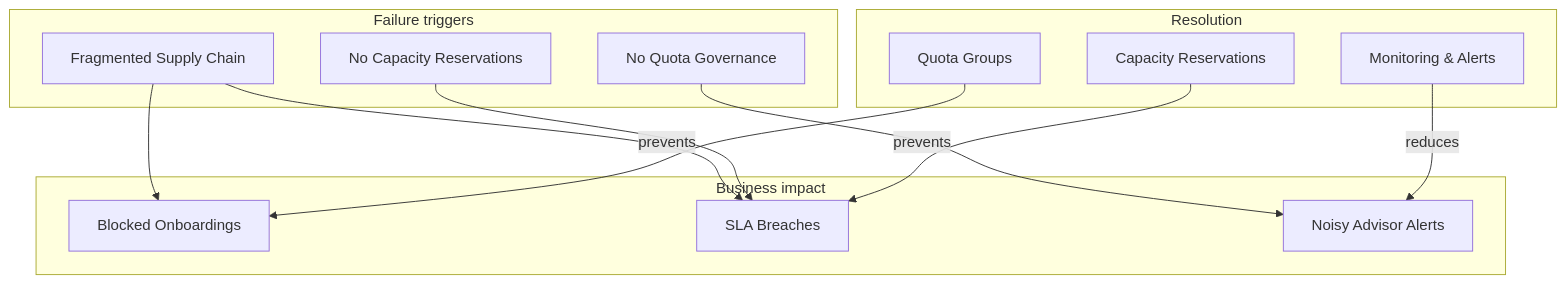
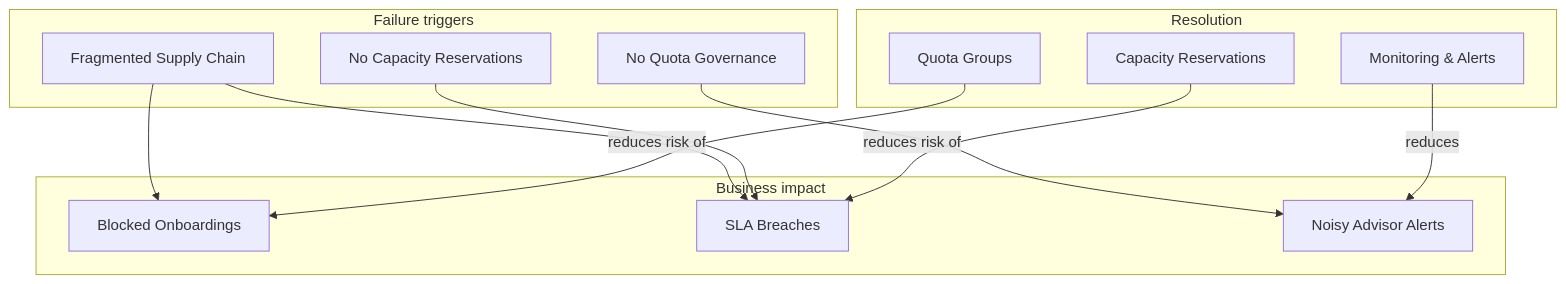
Before and after one commit to msbrettorg/azcapman: the diagram in training/modules/module-02-why-this-session-matters.md, drawn with Mermaid. The commit also changed other lines of this file and 31 other files, not shown here.

````diff
--- a/training/modules/module-02-why-this-session-matters.md
+++ b/training/modules/module-02-why-this-session-matters.md
@@ -39,29 +39,29 @@
 ```mermaid
 graph TD
     subgraph "Failure triggers"
         fragmented[Fragmented Supply Chain]
         no_quota[No Quota Governance]
         no_reservations[No Capacity Reservations]
     end
 
     subgraph "Business impact"
         blocked[Blocked Onboardings]
         sla[SLA Breaches]
         advisor[Noisy Advisor Alerts]
     end
 
     subgraph "Resolution"
         quota_groups[Quota Groups]
         capacity_res[Capacity Reservations]
         monitoring[Monitoring & Alerts]
     end
 
     fragmented --> blocked
     fragmented --> sla
     no_quota --> advisor
     no_reservations --> sla
 
-    quota_groups -->|"prevents"| blocked
-    capacity_res -->|"prevents"| sla
+    quota_groups -->|"reduces risk of"| blocked
+    capacity_res -->|"reduces risk of"| sla
     monitoring -->|"reduces"| advisor
 ```
````
